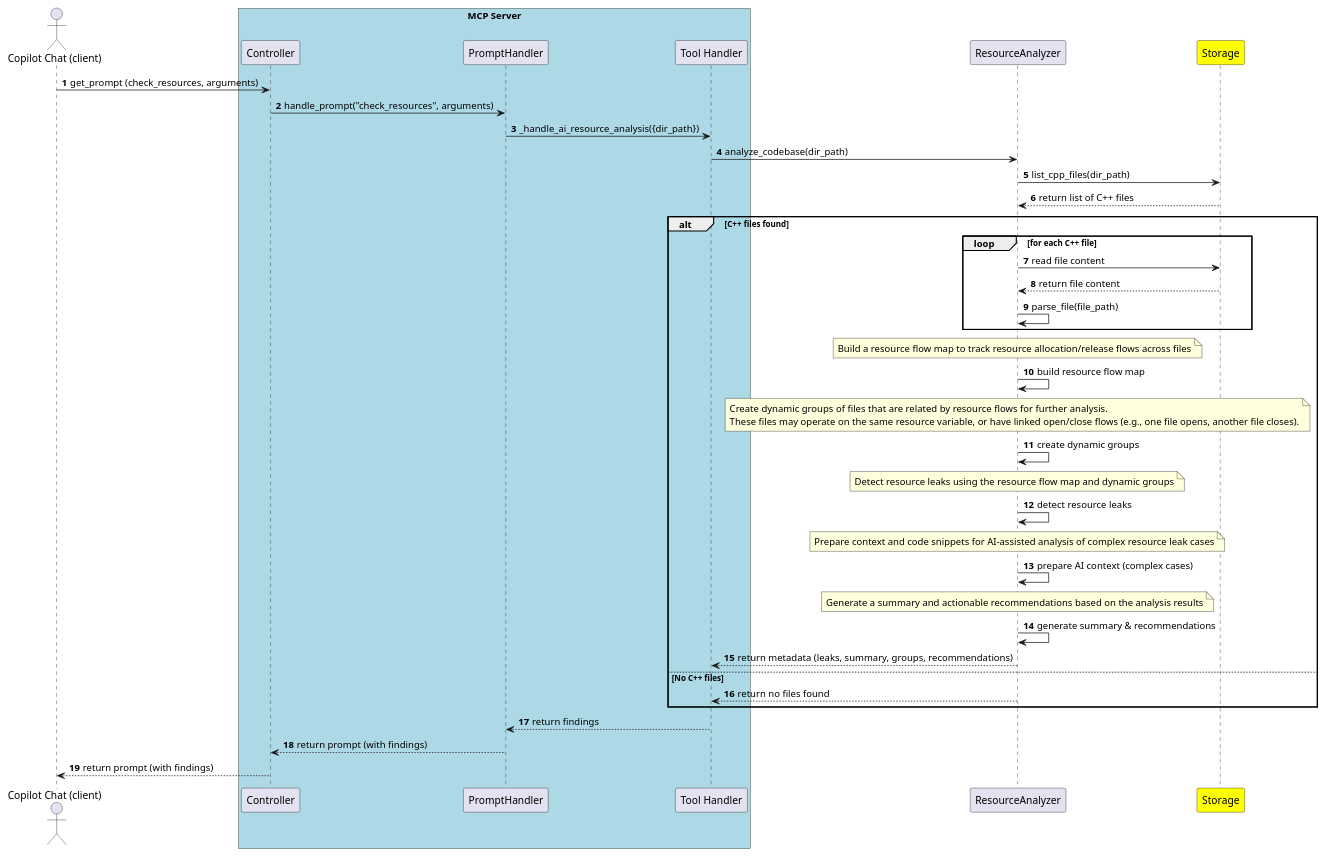
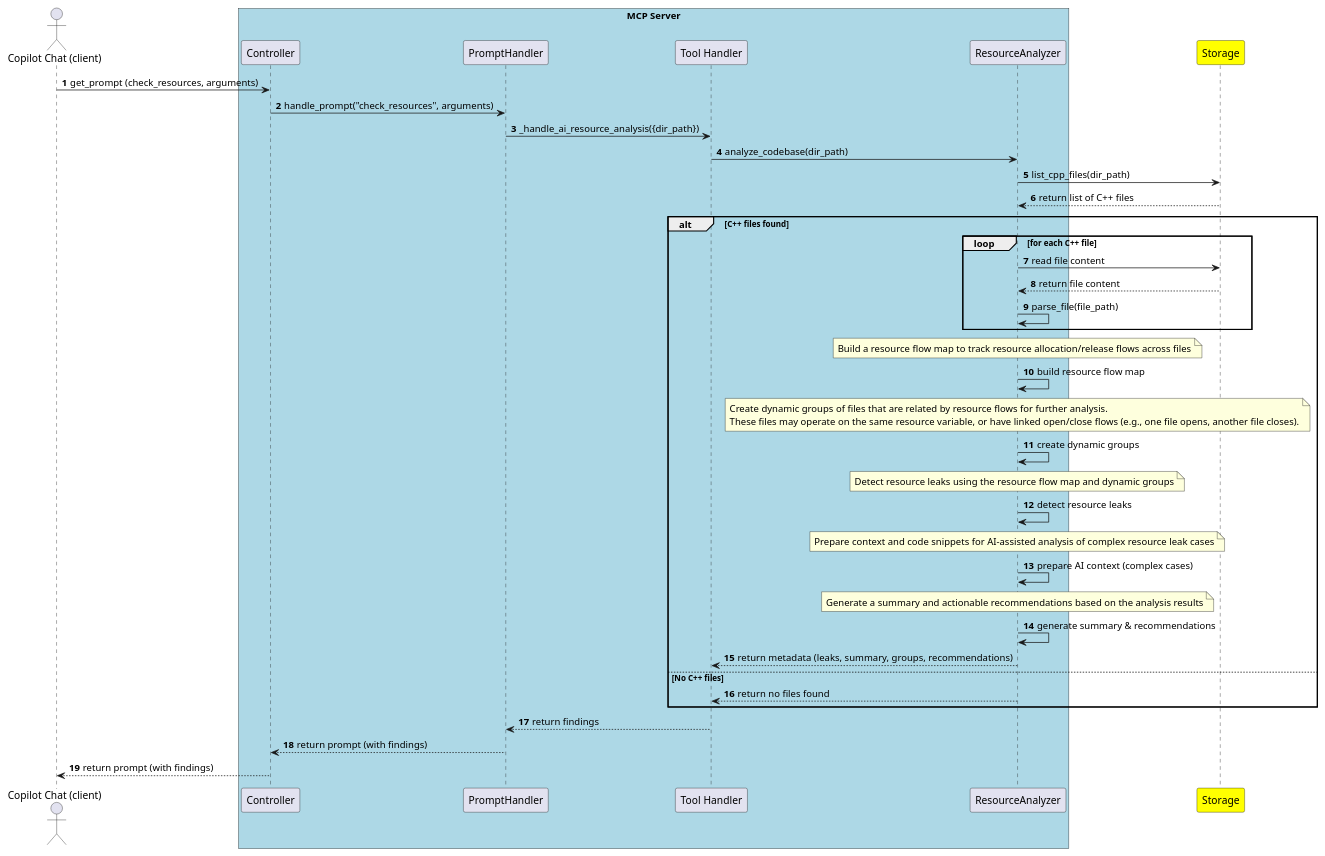
Before and after one commit to taikt/codefun: the diagram in deepl/mcp_server/doc/mcp_prompt_check_resources_sequence.puml, drawn with PlantUML. The commit also changed 16 other files, not shown here.

```diff
--- a/deepl/mcp_server/doc/mcp_prompt_check_resources_sequence.puml
+++ b/deepl/mcp_server/doc/mcp_prompt_check_resources_sequence.puml
@@ -1,70 +1,70 @@
 @startuml
 ' Step 10: For each C++ file, read its content
 ' Step 11: Parse each file to extract resource operations (open/close, etc.)
 ' Step 12: Build a resource flow map to track resource allocation/release flows across files
 ' Step 13: Create dynamic groups of files related by resource flows
 ' Step 14: Detect resource leaks based on the resource flow map and groups
 ' Step 15: Prepare AI context for complex resource leak cases
 ' Step 16: Generate summary and actionable recommendations
 actor "Copilot Chat (client)" as copilot
 box "MCP Server" #LightBlue
   participant "Controller" as controller
   participant "PromptHandler" as promptHandler
   participant "Tool Handler" as toolHandler
+  participant "ResourceAnalyzer" as resourceAnalyzer
 end box
-participant "ResourceAnalyzer" as resourceAnalyzer
 participant "Storage" as storage #yellow
 
 autonumber
 copilot -> controller : get_prompt (check_resources, arguments)
 controller -> promptHandler : handle_prompt("check_resources", arguments)
 promptHandler -> toolHandler : _handle_ai_resource_analysis({dir_path})
 toolHandler -> resourceAnalyzer : analyze_codebase(dir_path)
 resourceAnalyzer -> storage : list_cpp_files(dir_path)
 storage --> resourceAnalyzer : return list of C++ files
 alt C++ files found
   loop for each C++ file
     ' Step 10: For each C++ file, read its content
     resourceAnalyzer -> storage : read file content
     storage --> resourceAnalyzer : return file content
     ' Step 11: Parse each file to extract resource operations (open/close, etc.)
     resourceAnalyzer -> resourceAnalyzer : parse_file(file_path)
   end
   ' Step 12: Build a resource flow map to track resource allocation/release flows across files
   note over resourceAnalyzer
      Build a resource flow map to track resource allocation/release flows across files
   end note
   resourceAnalyzer -> resourceAnalyzer : build resource flow map
 
   ' Step 13: Create dynamic groups of files related by resource flows
   note over resourceAnalyzer
      Create dynamic groups of files that are related by resource flows for further analysis.
      These files may operate on the same resource variable, or have linked open/close flows (e.g., one file opens, another file closes).
   end note
   resourceAnalyzer -> resourceAnalyzer : create dynamic groups
 
   ' Step 14: Detect resource leaks based on the resource flow map and groups
   note over resourceAnalyzer
      Detect resource leaks using the resource flow map and dynamic groups
   end note
   resourceAnalyzer -> resourceAnalyzer : detect resource leaks
 
   ' Step 15: Prepare AI context for complex resource leak cases
   note over resourceAnalyzer
      Prepare context and code snippets for AI-assisted analysis of complex resource leak cases
   end note
   resourceAnalyzer -> resourceAnalyzer : prepare AI context (complex cases)
 
   ' Step 16: Generate summary and actionable recommendations
   note over resourceAnalyzer
      Generate a summary and actionable recommendations based on the analysis results
   end note
   resourceAnalyzer -> resourceAnalyzer : generate summary & recommendations
   resourceAnalyzer --> toolHandler : return metadata (leaks, summary, groups, recommendations)
 else No C++ files
   resourceAnalyzer --> toolHandler : return no files found
 end
 toolHandler --> promptHandler : return findings
 promptHandler --> controller : return prompt (with findings)
 controller --> copilot : return prompt (with findings)
 @enduml
```
